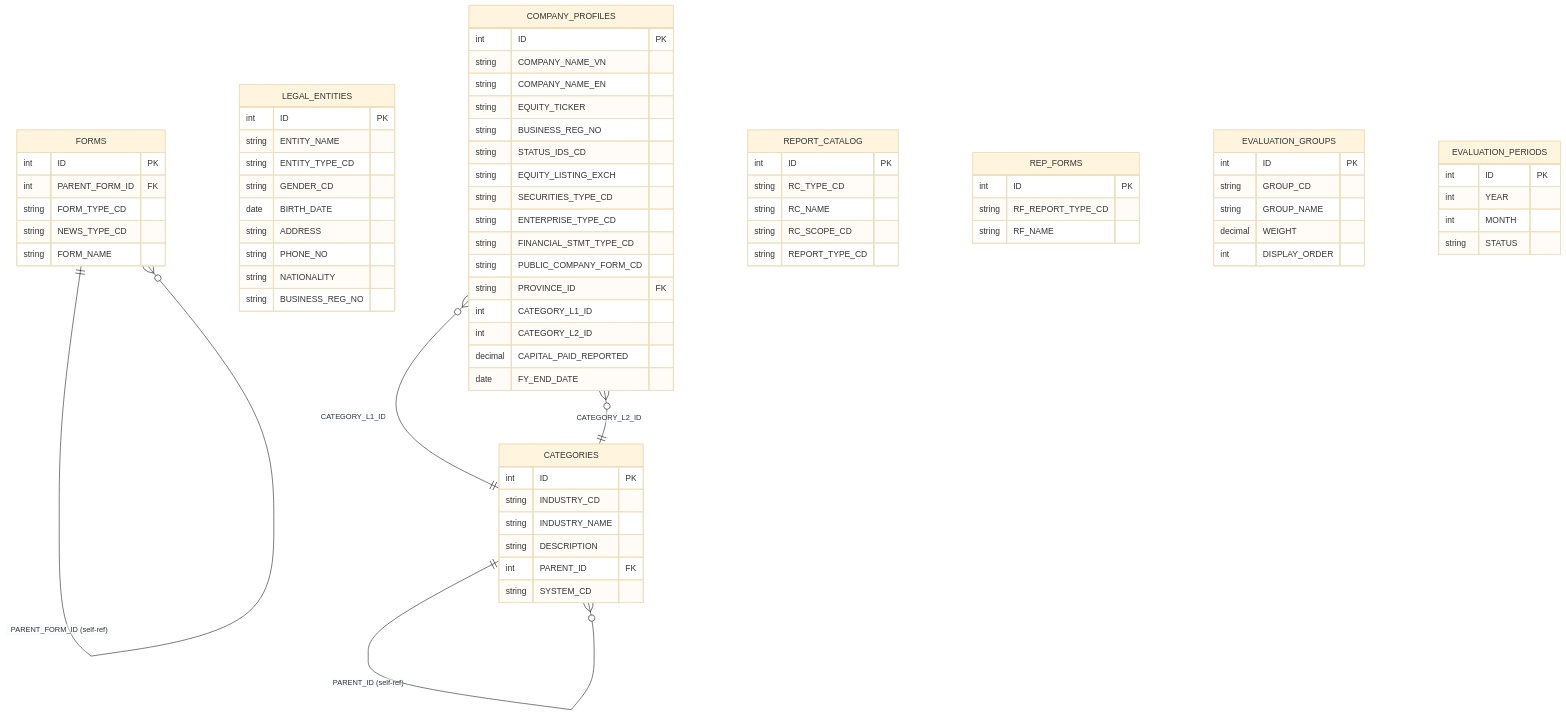
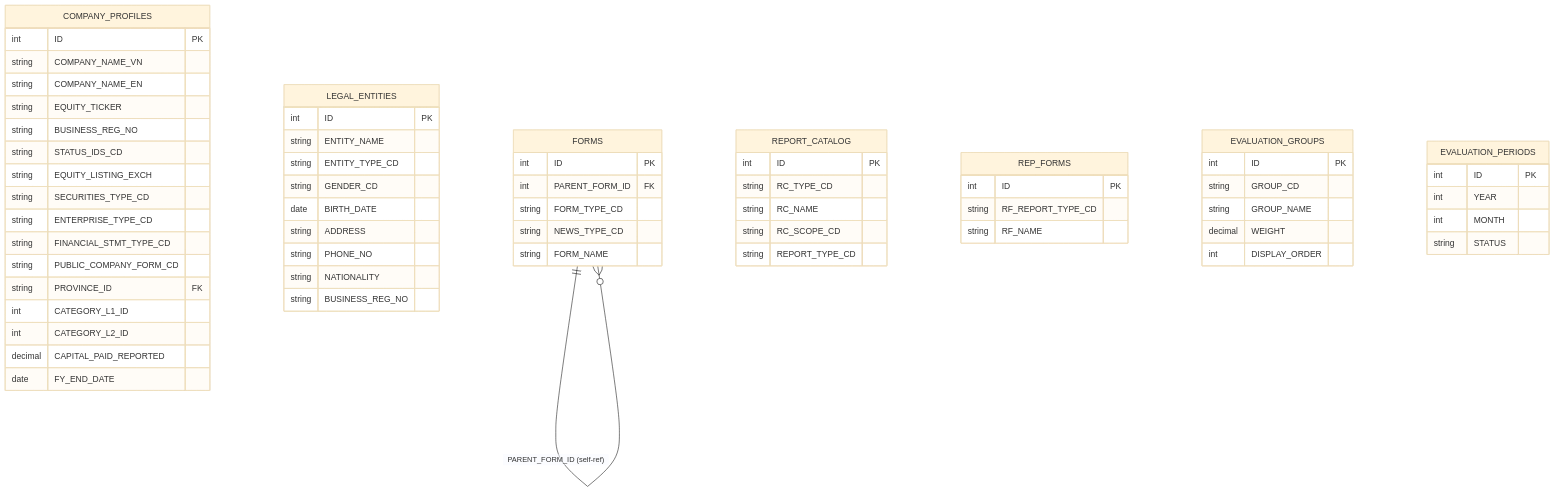
One commit to linhlvit/ubck_atomic_design changed the first of 2 diagrams in DataModel/working/Atomic/hld/IDS_HLD_Tier1.md. Above: the diagram before and after it, drawn with Mermaid (base theme). The commit also changed other lines of this file and 351 other files, not shown here.

````diff
--- a/DataModel/working/Atomic/hld/IDS_HLD_Tier1.md
+++ b/DataModel/working/Atomic/hld/IDS_HLD_Tier1.md
@@ -93,17 +92,5 @@
         string STATUS
     }
 
-    CATEGORIES {
-        int ID PK
-        string INDUSTRY_CD
-        string INDUSTRY_NAME
-        string DESCRIPTION
-        int PARENT_ID FK
-        string SYSTEM_CD
-    }
-
-    COMPANY_PROFILES }o--|| CATEGORIES : "CATEGORY_L1_ID"
-    COMPANY_PROFILES }o--|| CATEGORIES : "CATEGORY_L2_ID"
     FORMS ||--o{ FORMS : "PARENT_FORM_ID (self-ref)"
-    CATEGORIES ||--o{ CATEGORIES : "PARENT_ID (self-ref)"
 ```
````
